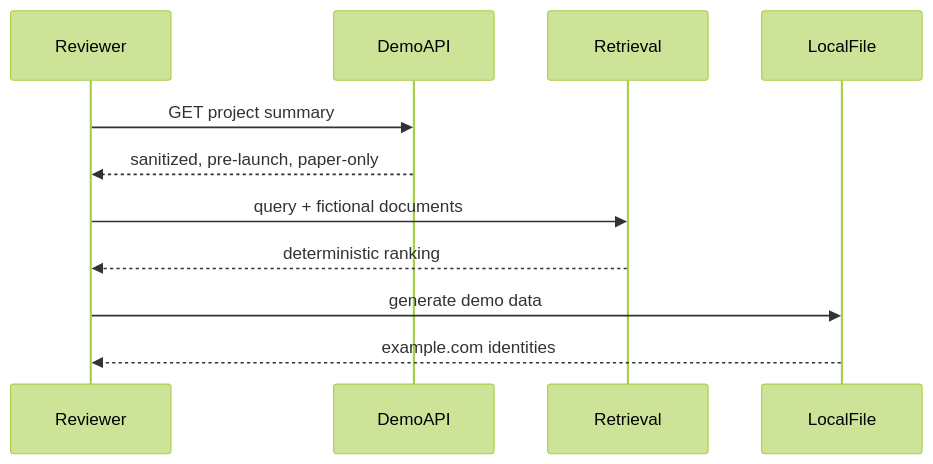
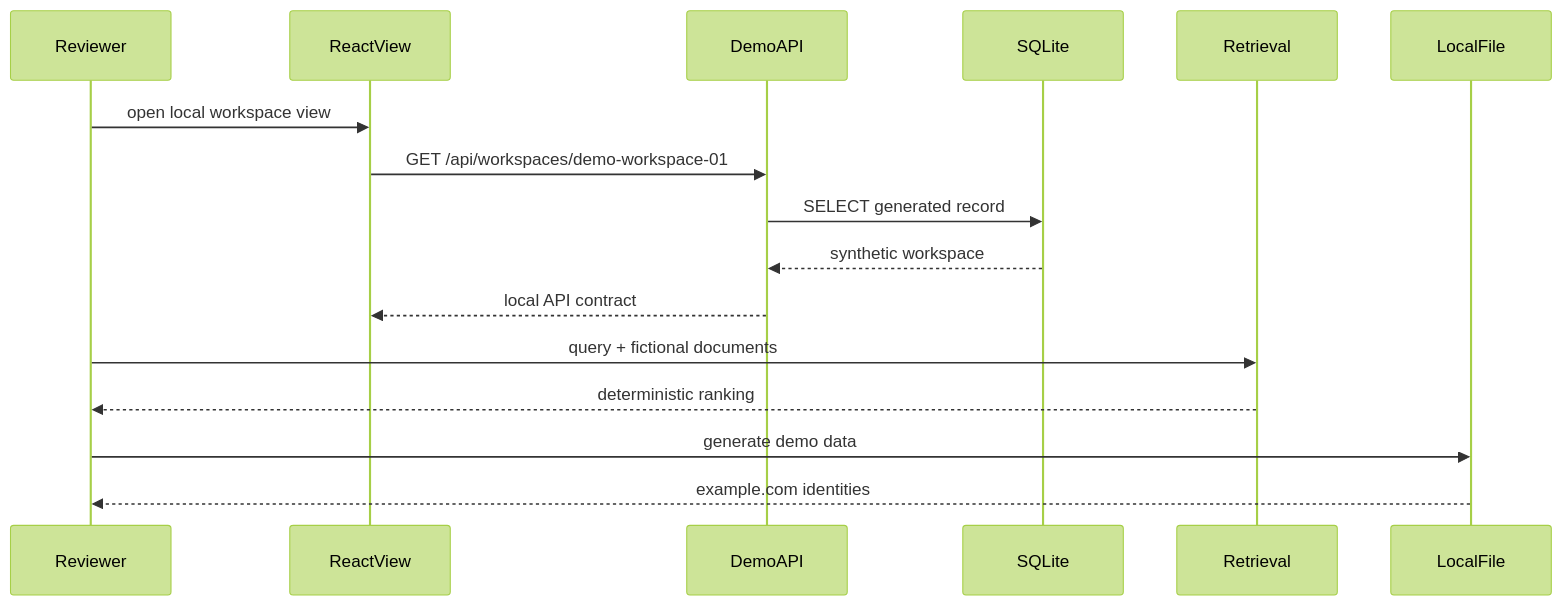
Before and after one commit to LuxuriantTech/software-engineering-portfolio: the diagram in projects/synthevia/docs/ARCHITECTURE.md, drawn with Mermaid (forest theme). The commit also changed other lines of this file and 56 other files, not shown here.

```diff
--- a/projects/synthevia/docs/ARCHITECTURE.md
+++ b/projects/synthevia/docs/ARCHITECTURE.md
@@ -19,13 +20,18 @@
 ~~~mermaid
 sequenceDiagram
     participant Reviewer
+    participant ReactView
     participant DemoAPI
+    participant SQLite
     participant Retrieval
     participant LocalFile
-    Reviewer->>DemoAPI: GET project summary
-    DemoAPI-->>Reviewer: sanitized, pre-launch, paper-only
+    Reviewer->>ReactView: open local workspace view
+    ReactView->>DemoAPI: GET /api/workspaces/demo-workspace-01
+    DemoAPI->>SQLite: SELECT generated record
+    SQLite-->>DemoAPI: synthetic workspace
+    DemoAPI-->>ReactView: local API contract
     Reviewer->>Retrieval: query + fictional documents
     Retrieval-->>Reviewer: deterministic ranking
     Reviewer->>LocalFile: generate demo data
     LocalFile-->>Reviewer: example.com identities
 ~~~
```
